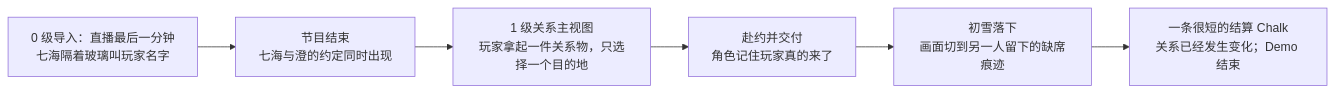
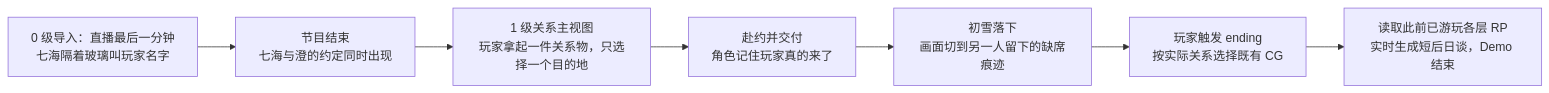
The eighth of 9 diagrams in docs/doc-24-五世界可玩Demo体验设计.md (LudicDynamics/hackathon), drawn with Mermaid before and after one commit. The commit also changed other lines of this file and 11 other files, not shown here.

````diff
--- a/docs/doc-24-五世界可玩Demo体验设计.md
+++ b/docs/doc-24-五世界可玩Demo体验设计.md
@@ -350,8 +365,9 @@
 ```mermaid
 flowchart LR
     A["0 级导入：直播最后一分钟<br/>七海隔着玻璃叫玩家名字"] --> B["节目结束<br/>七海与澄的约定同时出现"]
     B --> C["1 级关系主视图<br/>玩家拿起一件关系物，只选择一个目的地"]
     C --> D["赴约并交付<br/>角色记住玩家真的来了"]
     D --> E["初雪落下<br/>画面切到另一人留下的缺席痕迹"]
-    E --> F["一条很短的结算 Chalk<br/>关系已经发生变化；Demo 结束"]
+    E --> F["玩家触发 ending<br/>按实际关系选择既有 CG"]
+    F --> G["读取此前已游玩各层 RP<br/>实时生成短后日谈，Demo 结束"]
 ```
````
